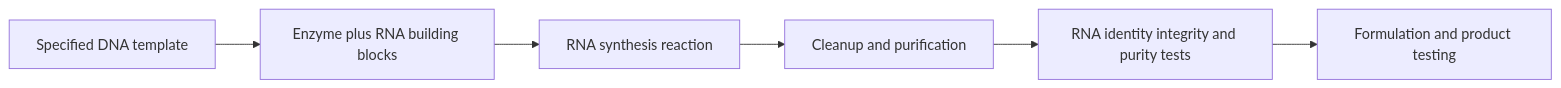
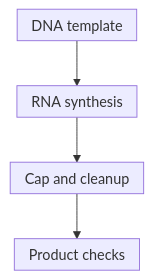
One commit to jasonLaster/oncoguide changed the diagram in wiki/education/concepts/engineering-and-manufacturing/nucleic-acid-design/in-vitro-transcription.md. Above: the diagram before and after it, drawn with Mermaid. The commit also changed other lines of this file and 23 other files, not shown here.

````diff
--- a/wiki/education/concepts/engineering-and-manufacturing/nucleic-acid-design/in-vitro-transcription.md
+++ b/wiki/education/concepts/engineering-and-manufacturing/nucleic-acid-design/in-vitro-transcription.md
@@ -38,8 +40,7 @@
 ```mermaid
-flowchart LR
-  A[Specified DNA template] --> B[Enzyme plus RNA building blocks]
-  B --> C[RNA synthesis reaction]
-  C --> D[Cleanup and purification]
-  D --> E[RNA identity integrity and purity tests]
-  E --> F[Formulation and product testing]
+%%{init: {"htmlLabels":false,"flowchart":{"htmlLabels":false,"padding":8,"nodeSpacing":25}}}%%
+flowchart TD
+  A[DNA template] --> B[RNA synthesis]
+  B --> C[Cap and cleanup]
+  C --> D[Product checks]
 ```
````
